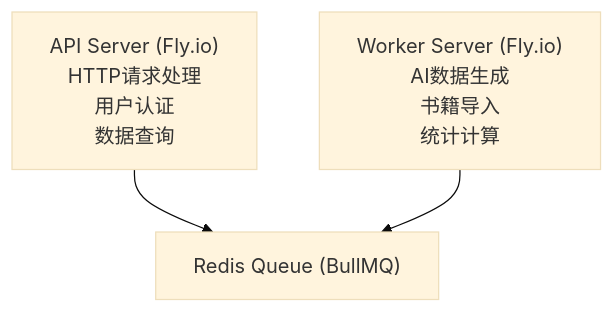
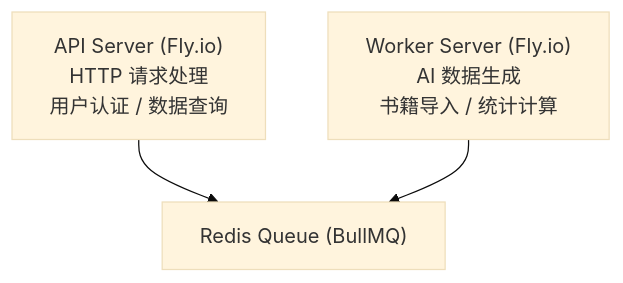
Before and after one commit to readmigo/docs: the second of 6 diagrams in 05-operations/monitoring/100k-dau-performance-plan.md, drawn with Mermaid (base theme). The commit also changed other lines of this file and 27 other files, not shown here.

First line of the commit message:
audit: remove code snippets, update to 2-env architecture across operations and pipeline docs

````diff
--- a/05-operations/monitoring/100k-dau-performance-plan.md
+++ b/05-operations/monitoring/100k-dau-performance-plan.md
@@ -130,5 +65,5 @@
 ```mermaid
 graph TD
-    A["API Server (Fly.io)<br>HTTP请求处理<br>用户认证<br>数据查询"] --> C["Redis Queue (BullMQ)"]
-    B["Worker Server (Fly.io)<br>AI数据生成<br>书籍导入<br>统计计算"] --> C
+    A["API Server (Fly.io)<br>HTTP 请求处理<br>用户认证 / 数据查询"] --> C["Redis Queue (BullMQ)"]
+    B["Worker Server (Fly.io)<br>AI 数据生成<br>书籍导入 / 统计计算"] --> C
 ```
````
